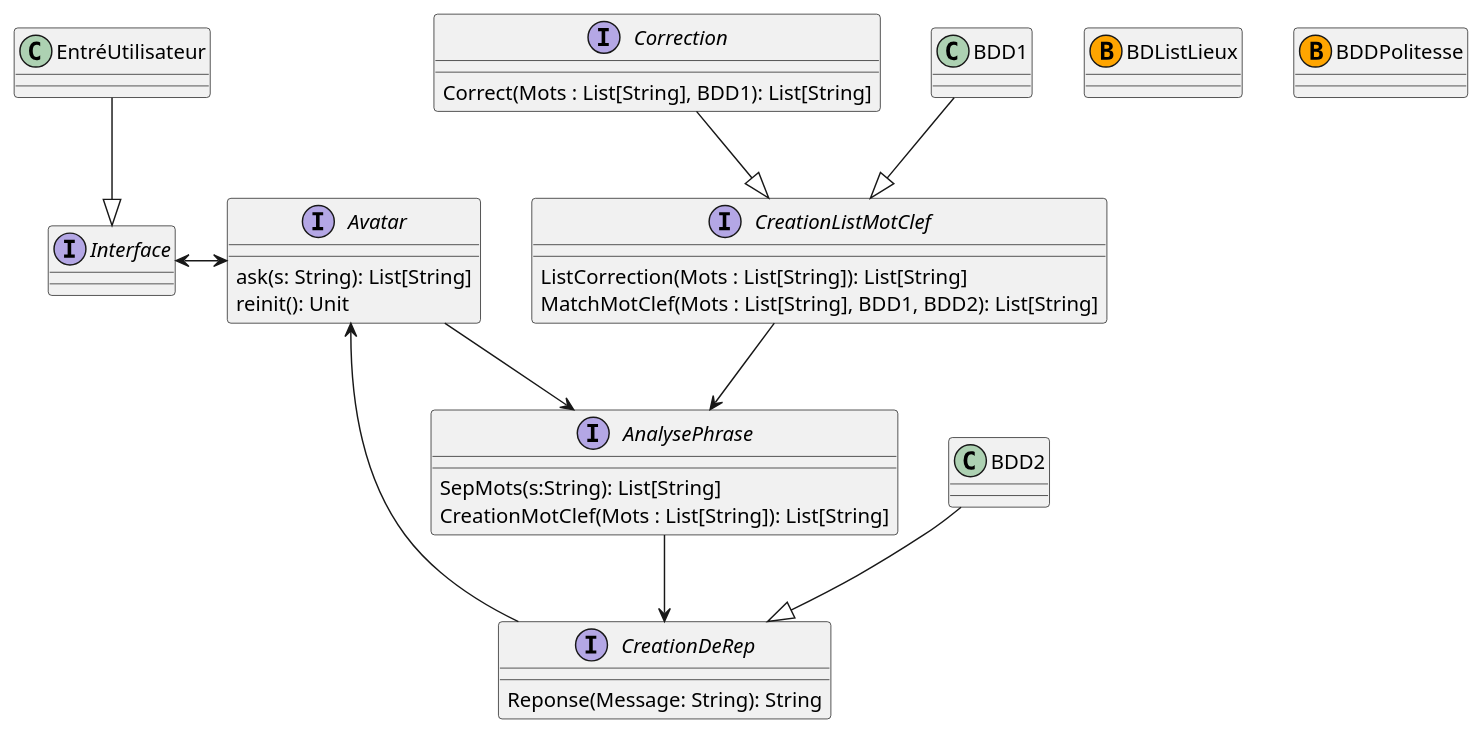
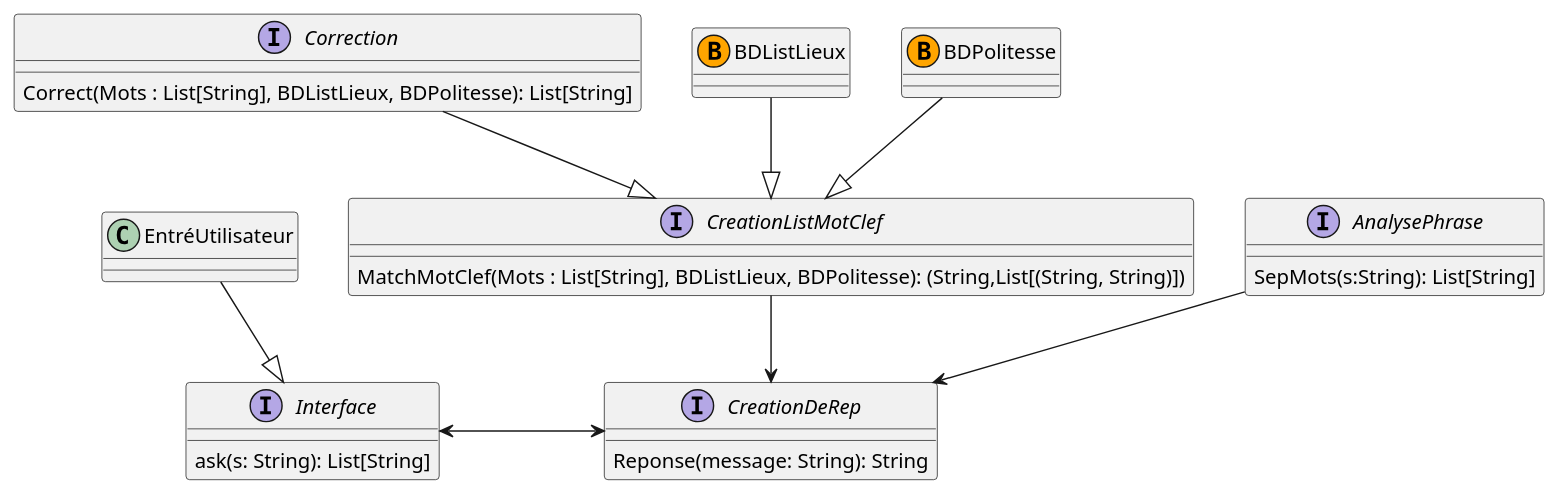
The diagram in doc/Diagramme.plantuml (spc-ezual/AvatarProjet), drawn with PlantUML before and after one commit. The commit also changed 1 other file, not shown here.

```diff
--- a/doc/Diagramme.plantuml
+++ b/doc/Diagramme.plantuml
@@ -2,44 +2,37 @@
 @startuml Avatar
-interface Avatar{
-    ask(s: String): List[String]
-    reinit(): Unit
-}
 
 interface CreationListMotClef{
-    ListCorrection(Mots : List[String]): List[String]
-    MatchMotClef(Mots : List[String], BDD1, BDD2): List[String]
+    MatchMotClef(Mots : List[String], BDListLieux, BDPolitesse): (String,List[(String, String)])
 }
 
 interface AnalysePhrase{
     SepMots(s:String): List[String]
-    CreationMotClef(Mots : List[String]): List[String]
 }
 interface CreationDeRep{
-    Reponse(Message: String): String
+    Reponse(message: String): String
 }
 interface Correction{
-    Correct(Mots : List[String], BDD1): List[String]
+    Correct(Mots : List[String], BDListLieux, BDPolitesse): List[String]
 }
 
 interface Interface{
+    ask(s: String): List[String]
     
 }
 
-Interface <-> Avatar
-Avatar --> AnalysePhrase
+Interface <-> CreationDeRep
 AnalysePhrase --> CreationDeRep
-CreationDeRep --> Avatar
 Correction --|> CreationListMotClef
 
 
 
 
 class BDListLieux <<(B,Orange)>>
-class BDDPolitesse <<(B,Orange)>>
-CreationListMotClef --> AnalysePhrase
-BDD1 --|> CreationListMotClef
-BDD2 --|> CreationDeRep
+class BDPolitesse <<(B,Orange)>>
+CreationListMotClef --> CreationDeRep
+BDListLieux --|> CreationListMotClef
+BDPolitesse --|> CreationListMotClef
 
 EntréUtilisateur --|> Interface
 
 @enduml
```
